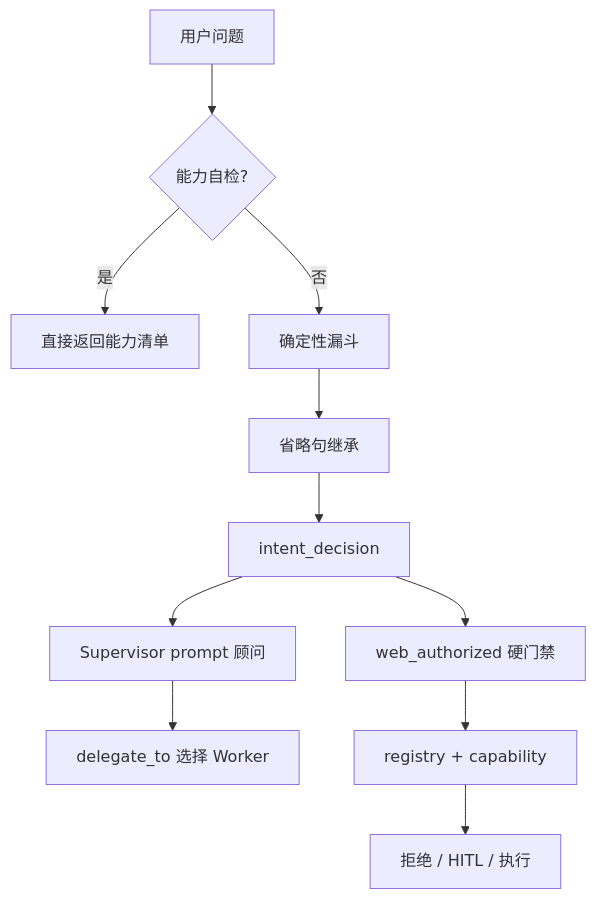
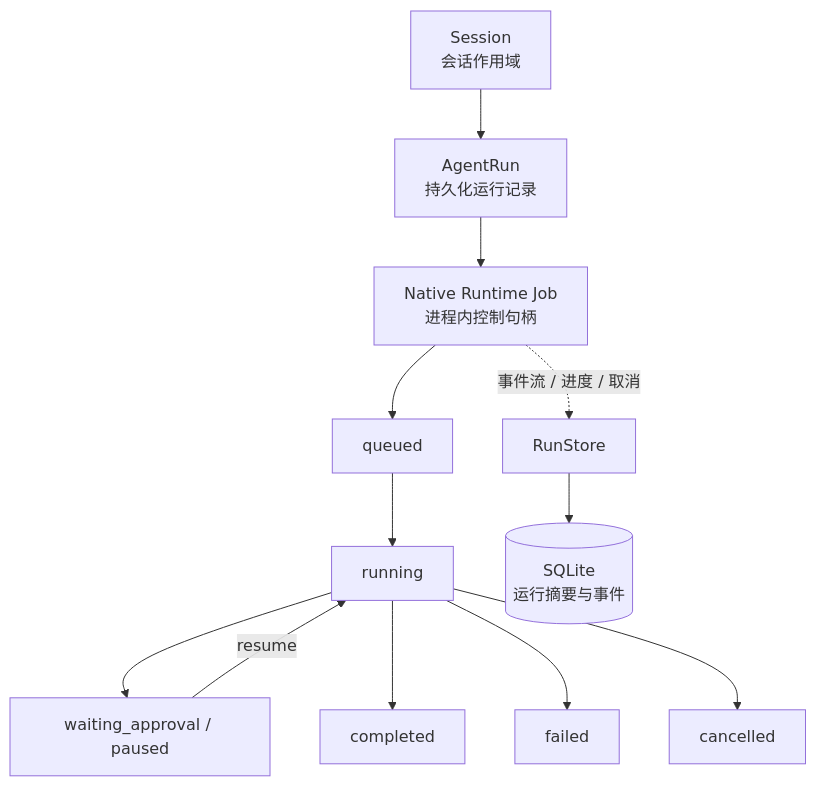
The fourth of 5 diagrams in README.md (TKGEKKOU/yumeno), drawn with Mermaid before and after one commit. The commit also changed other lines of this file and 10 other files, not shown here.

Commit message:
docs: refine README and architecture diagrams

````diff
--- a/README.md
+++ b/README.md
@@ -112,14 +190,19 @@
 ```mermaid
-%% 意图是分层信号 + 硬门禁，不是单一路由器
+%% Native Runtime 是进程内生命周期内核，不是独立分布式调度服务
 flowchart TD
-  Q[用户问题] --> Cap{"能力自检?"}
-  Cap -->|是| List[直接返回能力清单]
-  Cap -->|否| Funnel[确定性漏斗]
-  Funnel --> Inherit[省略句继承]
-  Inherit --> Dec[intent_decision]
-  Dec --> Hint[Supervisor prompt 顾问]
-  Dec --> Gate[web_authorized 硬门禁]
-  Hint --> Del[delegate_to 选择 Worker]
-  Gate --> Mid[registry + capability]
-  Mid --> Act[拒绝 / HITL / 执行]
+  SESSION[Session
+会话作用域] --> RUN[AgentRun
+持久化运行记录]
+  RUN --> JOB[Native Runtime Job
+进程内控制句柄]
+  JOB --> Q[queued]
+  Q --> R[running]
+  R --> WAIT[waiting_approval / paused]
+  WAIT -->|resume| R
+  R --> DONE[completed]
+  R --> FAIL[failed]
+  R --> CANCEL[cancelled]
+  JOB -.事件流 / 进度 / 取消.-> STORE[RunStore]
+  STORE --> SQL[(SQLite
+运行摘要与事件)]
 ```
````
